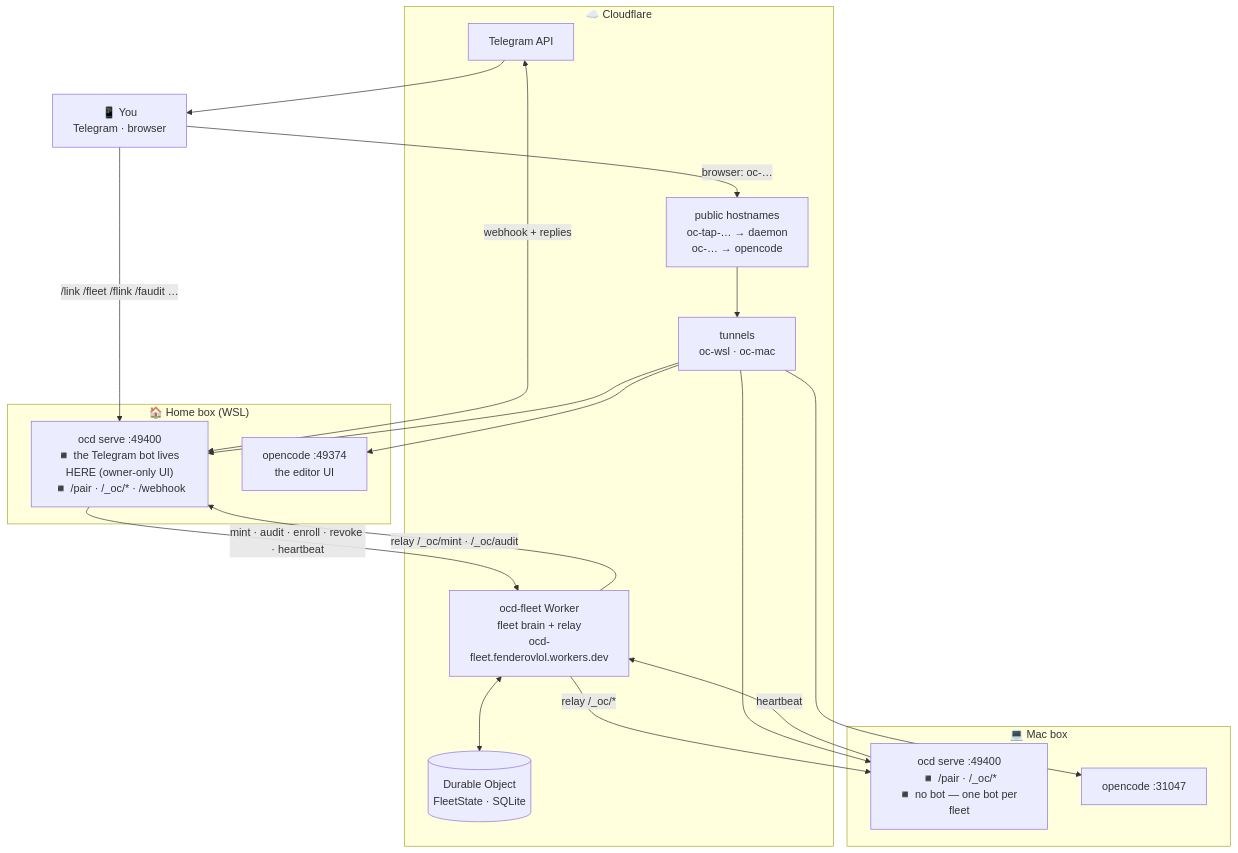
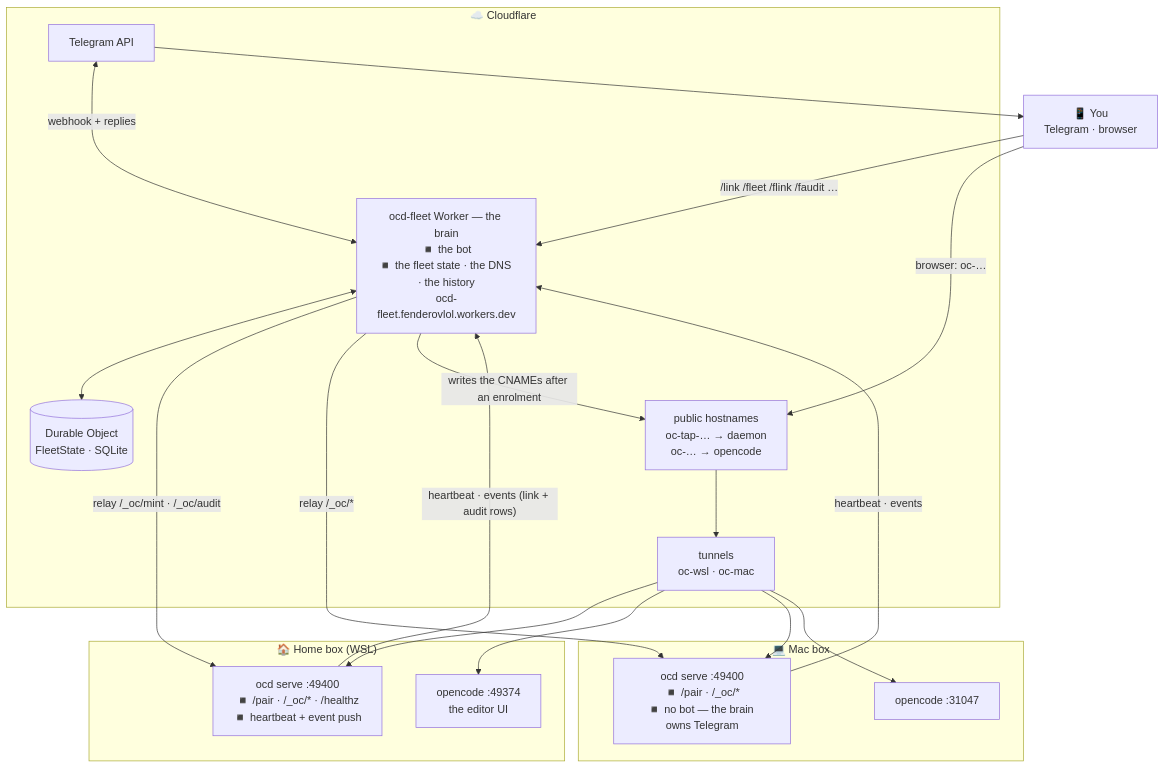
One commit to mfenderov/ocd changed the first of 4 diagrams in docs/architecture.md. Above: the diagram before and after it, drawn with Mermaid. The commit also changed other lines of this file and 3 other files, not shown here.

Commit message:
docs: the brain owns the bot, the DNS and the history

````diff
--- a/docs/architecture.md
+++ b/docs/architecture.md
@@ -9,37 +9,38 @@
 ```mermaid
 flowchart TB
   U["📱 You<br/>Telegram · browser"]
 
   subgraph HOME["🏠 Home box (WSL)"]
-    HD["ocd serve :49400<br/>◾ the Telegram bot lives HERE (owner-only UI)<br/>◾ /pair · /_oc/* · /webhook"]
+    HD["ocd serve :49400<br/>◾ /pair · /_oc/* · /healthz<br/>◾ heartbeat + event push"]
     HE["opencode :49374<br/>the editor UI"]
   end
 
   subgraph MAC["💻 Mac box"]
-    MD["ocd serve :49400<br/>◾ /pair · /_oc/*<br/>◾ no bot — one bot per fleet"]
+    MD["ocd serve :49400<br/>◾ /pair · /_oc/*<br/>◾ no bot — the brain owns Telegram"]
     ME["opencode :31047"]
   end
 
   subgraph CF["☁️ Cloudflare"]
     TGAPI["Telegram API"]
-    W["ocd-fleet Worker<br/>fleet brain + relay<br/>ocd-fleet.fenderovlol.workers.dev"]
+    W["ocd-fleet Worker — the brain<br/>◾ the bot<br/>◾ the fleet state · the DNS · the history<br/>ocd-fleet.fenderovlol.workers.dev"]
     DO[("Durable Object<br/>FleetState · SQLite")]
     TUN["tunnels<br/>oc-wsl · oc-mac"]
     DNS["public hostnames<br/>oc-tap-… → daemon<br/>oc-… → opencode"]
   end
 
-  U -->|"/link /fleet /flink /faudit …"| HD
-  TGAPI <-->|"webhook + replies"| HD
+  U -->|"/link /fleet /flink /faudit …"| W
+  TGAPI <-->|"webhook + replies"| W
   TGAPI --> U
-  HD -->|"mint · audit · enroll · revoke · heartbeat"| W
-  MD -->|"heartbeat"| W
+  HD -->|"heartbeat · events (link + audit rows)"| W
+  MD -->|"heartbeat · events"| W
   W <--> DO
   W -->|"relay /_oc/mint · /_oc/audit"| HD
   W -->|"relay /_oc/*"| MD
+  W -->|"writes the CNAMEs after an enrolment"| DNS
   U -->|"browser: oc-…"| DNS
   DNS --> TUN
   TUN --> HD
   TUN --> HE
   TUN --> MD
   TUN --> ME
 ```
````
